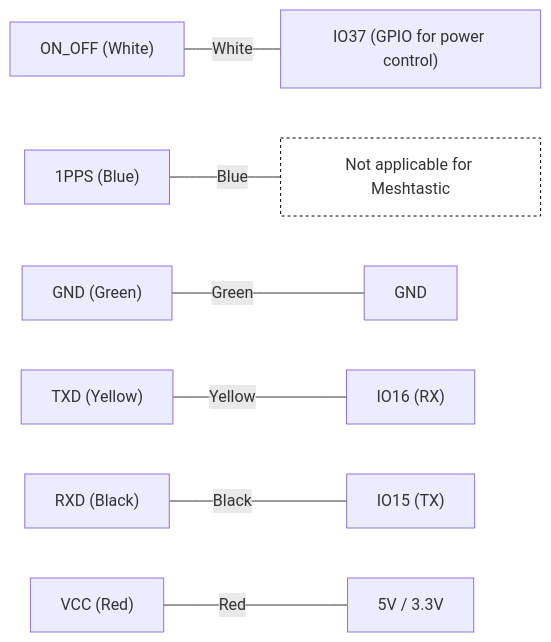
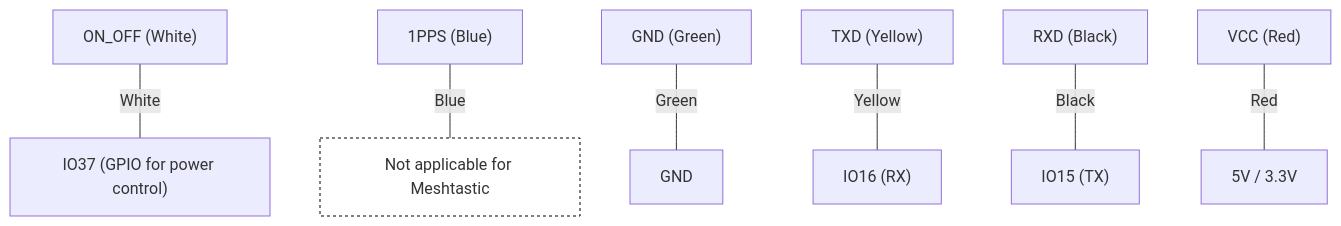
One commit to timurey/timurey.github.io changed the diagram in source/_posts/gps-module-ebyte-eora-s3.md. Above: the diagram before and after it, drawn with Mermaid. The commit also changed 1 other file, not shown here.

Commit message:
Change mermaid diagram of GPS post from LR to TD

````diff
--- a/source/_posts/gps-module-ebyte-eora-s3.md
+++ b/source/_posts/gps-module-ebyte-eora-s3.md
@@ -61,35 +61,35 @@
 ```mermaid
-flowchart LR
+flowchart TD
 
     %% GPS Module Pins
     GPS_ON_OFF["ON_OFF (White)"]
     GPS_1PPS["1PPS (Blue)"]
     GPS_GND["GND (Green)"]
     GPS_TXD["TXD (Yellow)"]
     GPS_RXD["RXD (Black)"]
     GPS_VCC["VCC (Red)"]
 
     %% EoRa-S3 Pins
     EORA_IO37["IO37 (GPIO for power control)"]
     EORA_GND["GND"]
     EORA_IO16["IO16 (RX)"]
     EORA_IO15["IO15 (TX)"]
     EORA_5V["5V / 3.3V"]
 
     %% Not Applicable Node
     NotApplicable["Not applicable for Meshtastic"]
 
     %% Connections with wire colors
     GPS_ON_OFF ---|White| EORA_IO37
     GPS_GND ---|Green| EORA_GND
     GPS_TXD ---|Yellow| EORA_IO16
     GPS_RXD ---|Black| EORA_IO15
     GPS_VCC ---|Red| EORA_5V
     GPS_1PPS ---|Blue| NotApplicable
 
     %% Style for NotApplicable node
     classDef notconnected fill:none,stroke-dasharray:3 3,stroke:#000;
     class NotApplicable notconnected;
 
 
 ```
````
